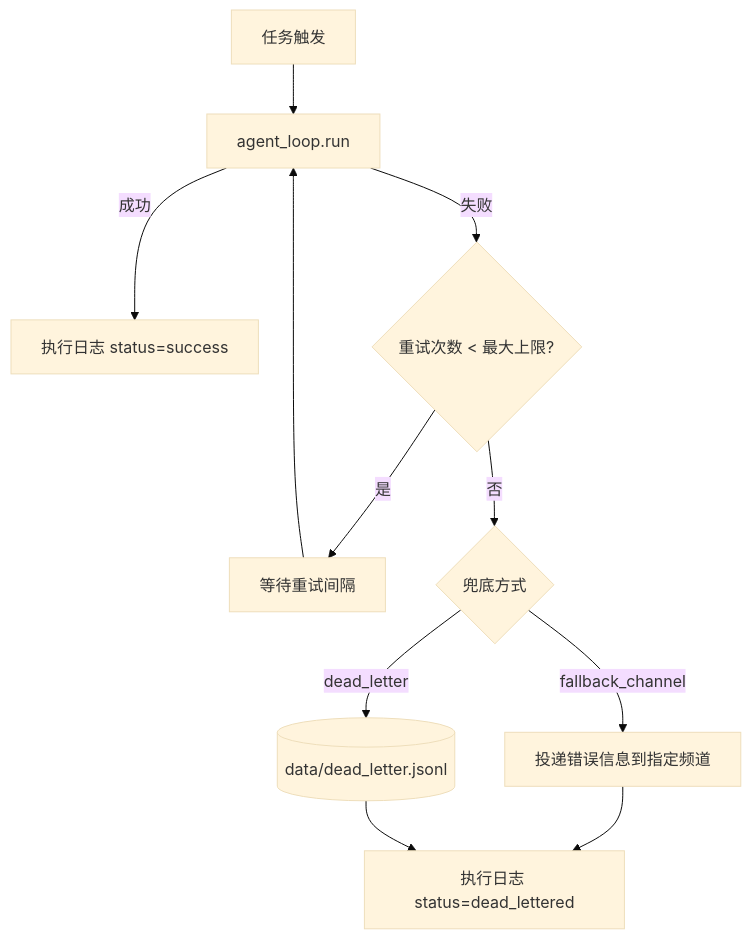
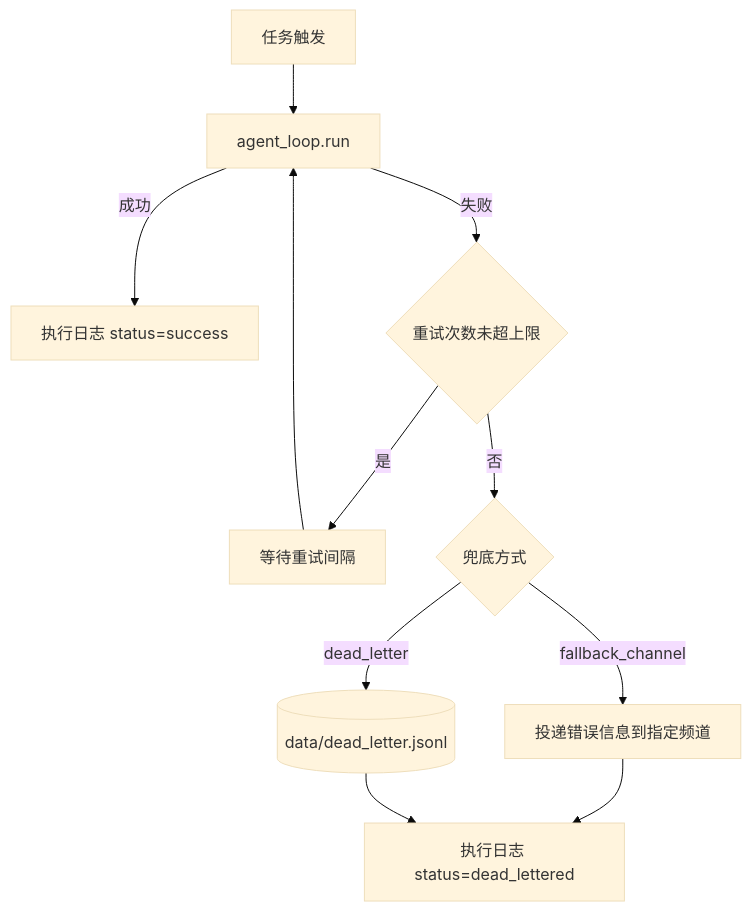
Before and after one commit to Summy2104/fleetent: the third of 3 diagrams in docs/capabilities/scheduling.md, drawn with Mermaid (base theme). The commit also changed other lines of this file, not shown here.

Commit message:
docs: fix mermaid VSCode compatibility in scheduling diagrams

````diff
--- a/docs/capabilities/scheduling.md
+++ b/docs/capabilities/scheduling.md
@@ -74,15 +74,15 @@
 ```mermaid
 flowchart TD
     TRIGGER[任务触发] --> EXEC["agent_loop.run"]
     EXEC -->|成功| LOG_OK["执行日志 status=success"]
-    EXEC -->|失败| RETRY{重试次数 < 最大上限?}
+    EXEC -->|失败| RETRY{重试次数未超上限}
 
     RETRY -->|是| WAIT[等待重试间隔] --> EXEC
     RETRY -->|否| DL{兜底方式}
 
     DL -->|fallback_channel| CH["投递错误信息到指定频道"]
     DL -->|dead_letter| DLQ[("data/dead_letter.jsonl")]
 
     CH --> LOG_DL["执行日志 status=dead_lettered"]
     DLQ --> LOG_DL
 ```
````
